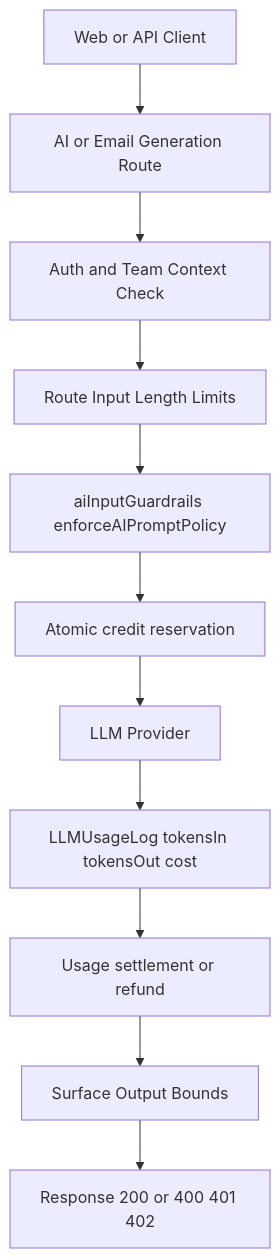
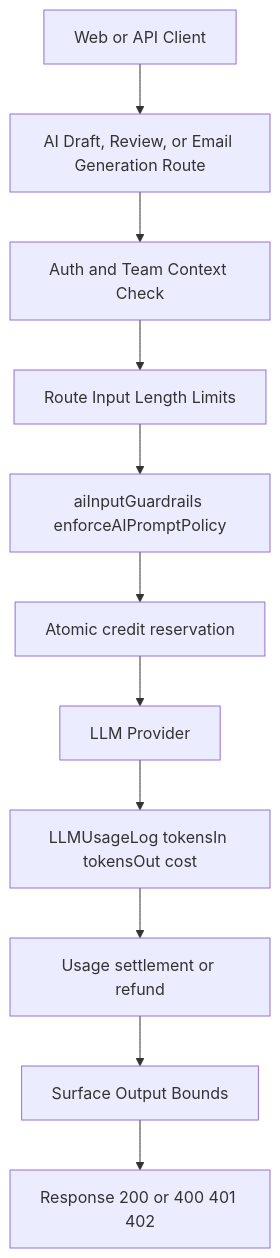
Before and after one commit to Convospanai-outreach/fullstack: the eighth of 8 diagrams in docs/architecture-diagram.md, drawn with Mermaid. The commit also changed other lines of this file and 23 other files, not shown here.

````diff
--- a/docs/architecture-diagram.md
+++ b/docs/architecture-diagram.md
@@ -613,25 +613,25 @@
 ```mermaid
 flowchart TB
     client[Web or API Client]
-    route[AI or Email Generation Route]
+    route[AI Draft, Review, or Email Generation Route]
     auth[Auth and Team Context Check]
     inputLimits[Route Input Length Limits]
     aiGuard[aiInputGuardrails enforceAIPromptPolicy]
     creditReserve[Atomic credit reservation]
     model[LLM Provider]
     usageLog[LLMUsageLog tokensIn tokensOut cost]
     creditSettle[Usage settlement or refund]
     outputBound[Surface Output Bounds]
     response[Response 200 or 400 401 402]
 
     client --> route
     route --> auth
     auth --> inputLimits
     inputLimits --> aiGuard
     aiGuard --> creditReserve
     creditReserve --> model
     model --> usageLog
     usageLog --> creditSettle
     creditSettle --> outputBound
     outputBound --> response
 ```
````
